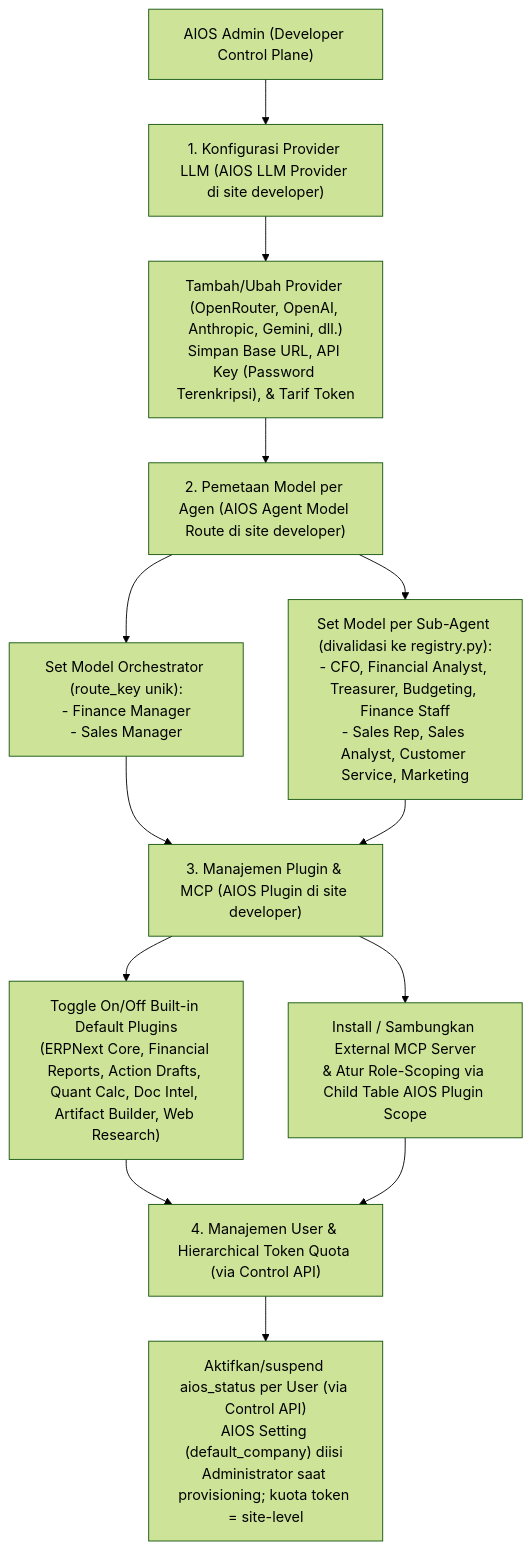
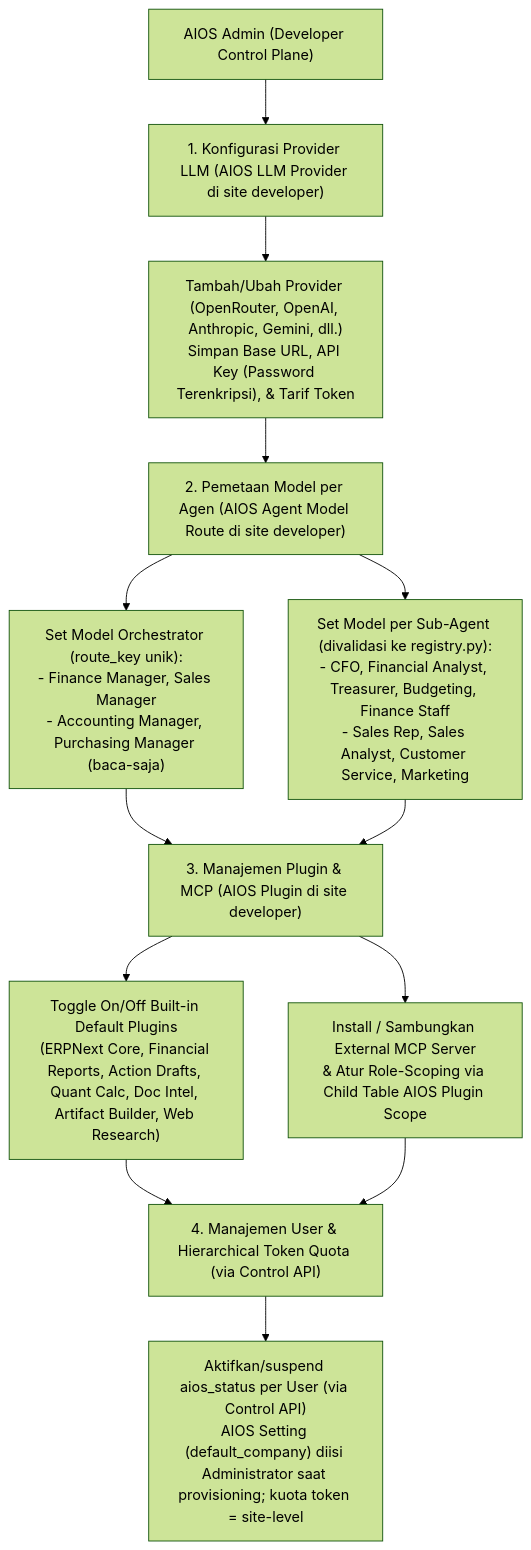
The second of 8 diagrams in docs/04-alur-kerja-sistem.md (Tenshi1308/aios-frappe-16), drawn with Mermaid (forest theme) before and after one commit. The commit also changed other lines of this file and 17 other files, not shown here.

````diff
--- a/docs/04-alur-kerja-sistem.md
+++ b/docs/04-alur-kerja-sistem.md
@@ -72,15 +72,15 @@
 ```mermaid
 flowchart TD
     Admin["AIOS Admin (Developer Control Plane)"] --> Prov["1. Konfigurasi Provider LLM (AIOS LLM Provider di site developer)"]
     Prov --> ProvDetail["Tambah/Ubah Provider (OpenRouter, OpenAI, Anthropic, Gemini, dll.)\nSimpan Base URL, API Key (Password Terenkripsi), & Tarif Token"]
     ProvDetail --> Route["2. Pemetaan Model per Agen (AIOS Agent Model Route di site developer)"]
-    Route --> RouteOrch["Set Model Orchestrator (route_key unik):\n- Finance Manager\n- Sales Manager"]
+    Route --> RouteOrch["Set Model Orchestrator (route_key unik):\n- Finance Manager, Sales Manager\n- Accounting Manager, Purchasing Manager (baca-saja)"]
     Route --> RouteSub["Set Model per Sub-Agent (divalidasi ke registry.py):\n- CFO, Financial Analyst, Treasurer, Budgeting, Finance Staff\n- Sales Rep, Sales Analyst, Customer Service, Marketing"]
     RouteOrch --> Plugin["3. Manajemen Plugin & MCP (AIOS Plugin di site developer)"]
     RouteSub --> Plugin
     Plugin --> PluginBuiltIn["Toggle On/Off Built-in Default Plugins\n(ERPNext Core, Financial Reports, Action Drafts, Quant Calc, Doc Intel, Artifact Builder, Web Research)"]
     Plugin --> PluginExt["Install / Sambungkan External MCP Server\n& Atur Role-Scoping via Child Table AIOS Plugin Scope"]
     PluginBuiltIn --> Quota["4. Manajemen User & Hierarchical Token Quota (via Control API)"]
     PluginExt --> Quota
     Quota --> QuotaDetail["Aktifkan/suspend aios_status per User (via Control API)\nAIOS Setting (default_company) diisi Administrator saat provisioning; kuota token = site-level"]
 ```
````
